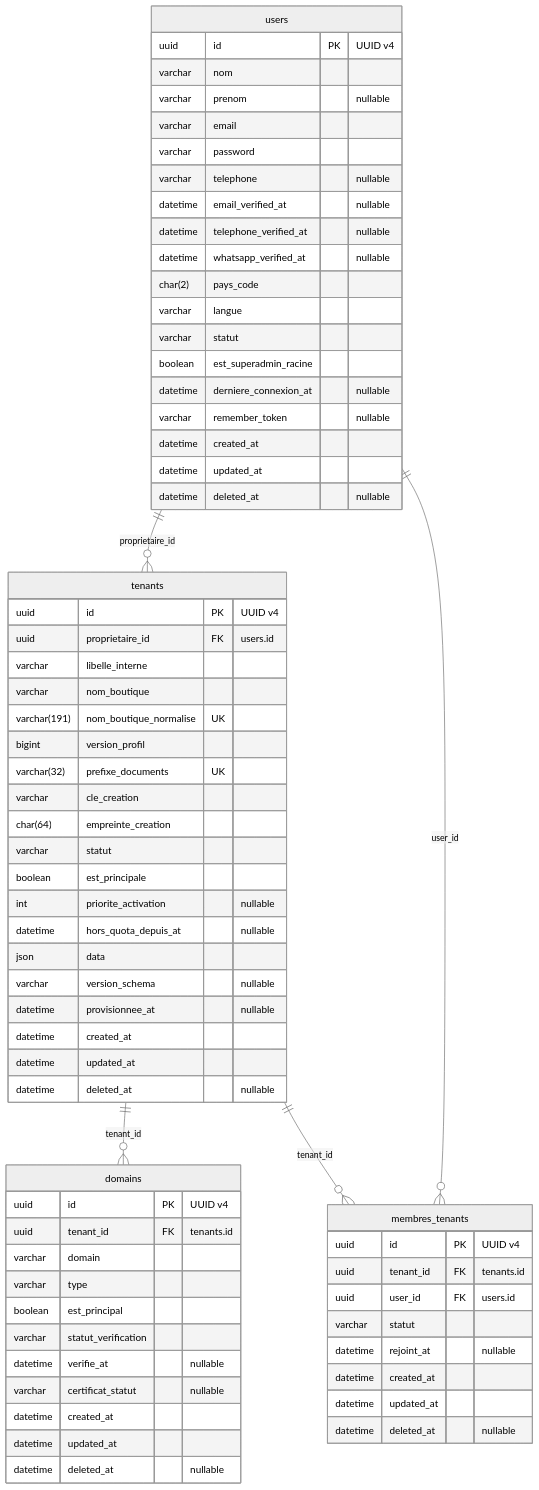
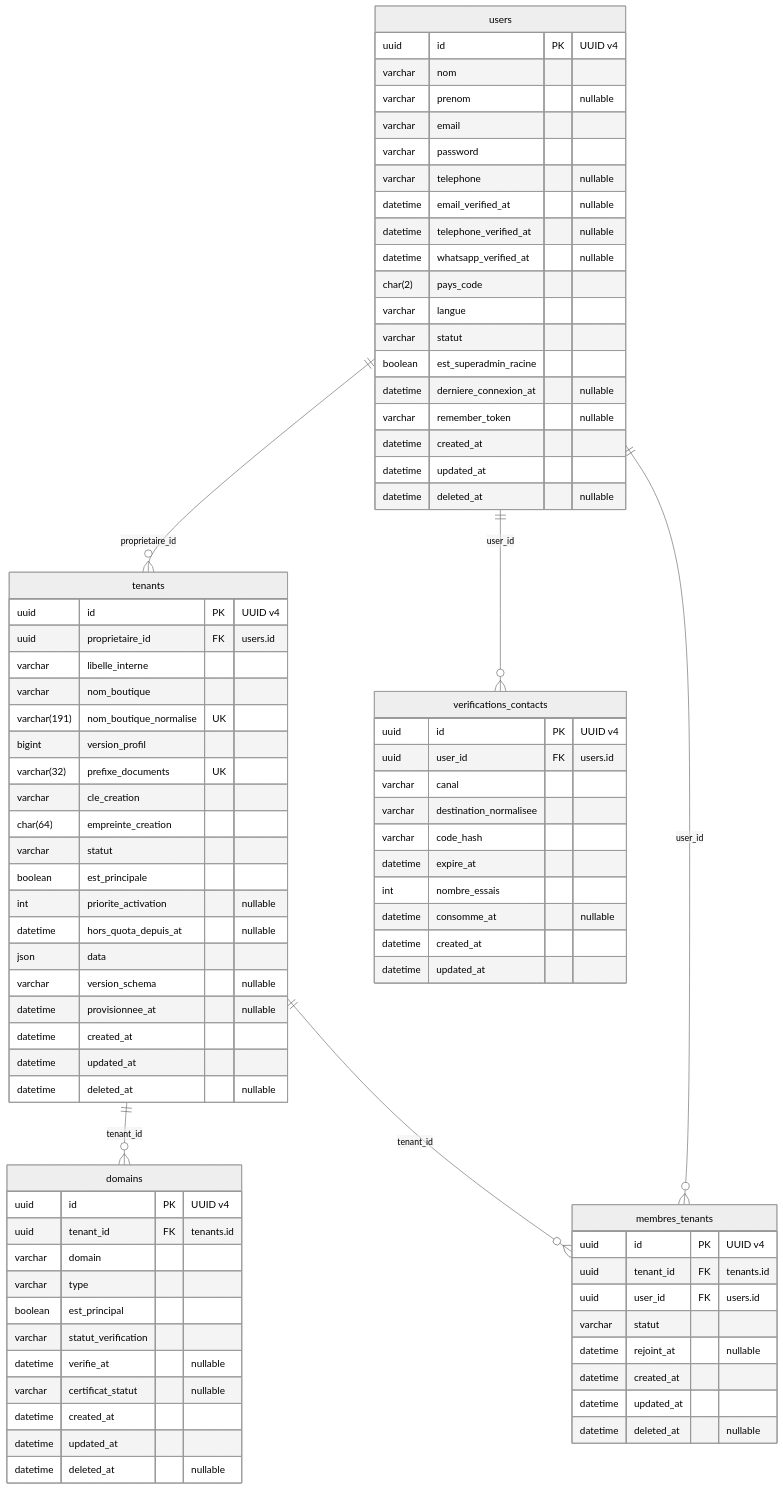
Before and after one commit to unitealfa/saas-ecom: the first of 37 diagrams in Schema-BDD-SaaS-Ecommerce-UUID.md, drawn with Mermaid (neutral theme).

```diff
--- a/Schema-BDD-SaaS-Ecommerce-UUID.md
+++ b/Schema-BDD-SaaS-Ecommerce-UUID.md
@@ -147,6 +149,19 @@
         datetime updated_at
         datetime deleted_at "nullable"
     }
+    verifications_contacts {
+        uuid id PK "UUID v4"
+        uuid user_id FK "users.id"
+        varchar canal
+        varchar destination_normalisee
+        varchar code_hash
+        datetime expire_at
+        int nombre_essais
+        datetime consomme_at "nullable"
+        datetime created_at
+        datetime updated_at
+    }
+    users ||--o{ verifications_contacts : user_id
     users ||--o{ tenants : proprietaire_id
     tenants ||--o{ domains : tenant_id
     tenants ||--o{ membres_tenants : tenant_id
```
